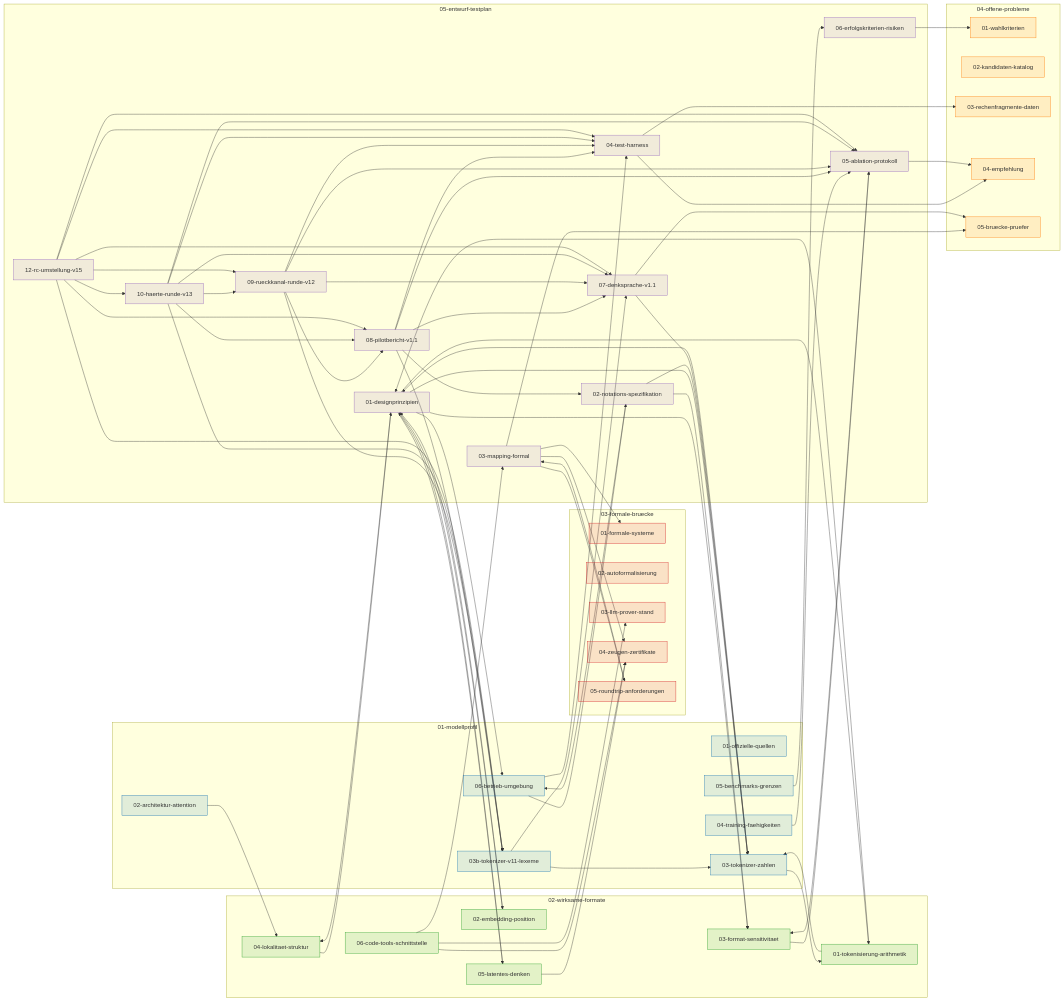
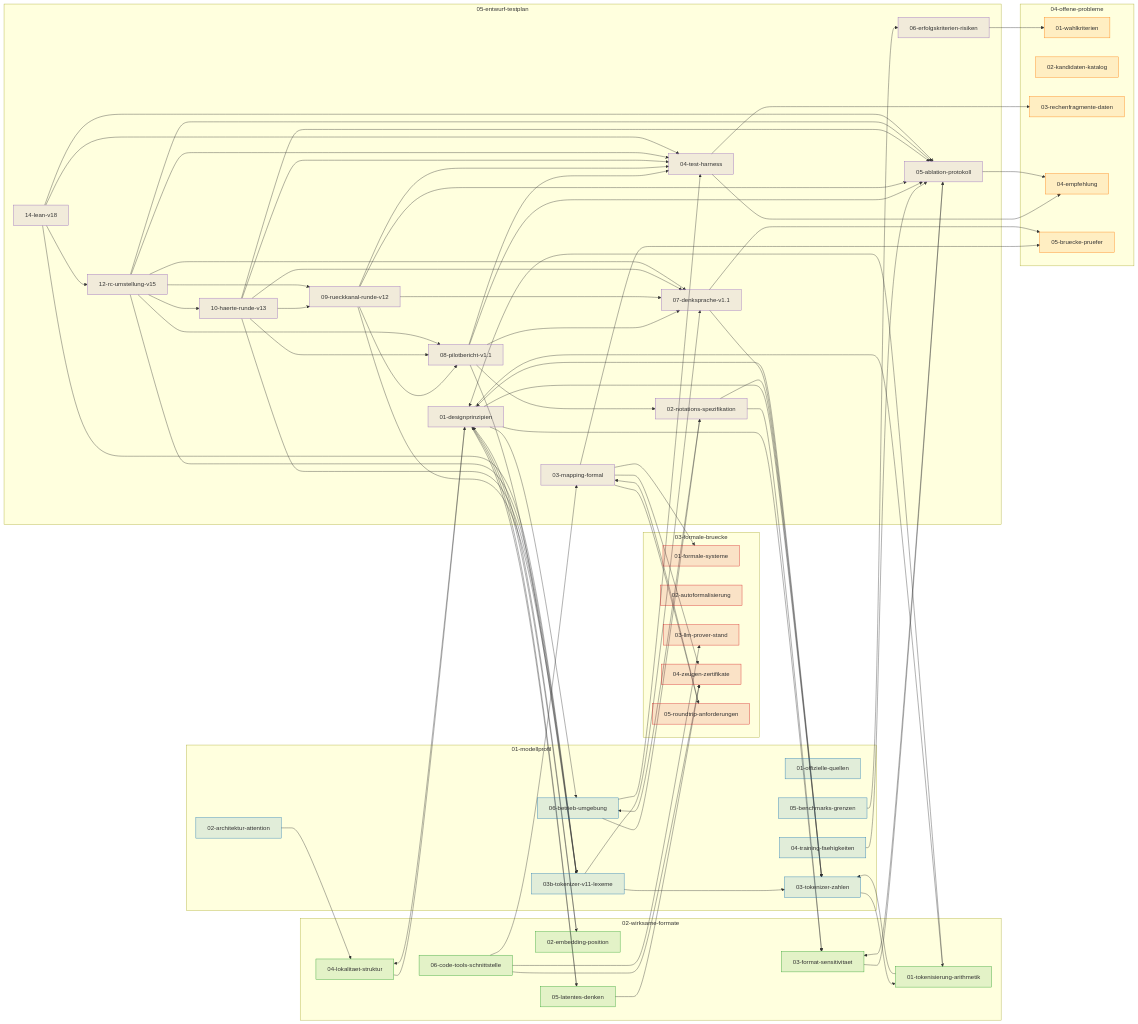
The diagram in yesdocs/deepseek-math-notation/wiki/INDEX.md (carsteneu/proofboy), drawn with Mermaid before and after one commit. The commit also changed other lines of this file and 6 other files, not shown here.

````diff
--- a/yesdocs/deepseek-math-notation/wiki/INDEX.md
+++ b/yesdocs/deepseek-math-notation/wiki/INDEX.md
@@ -81,6 +83,7 @@
     F0509[09-rueckkanal-runde-v12]
     F0510[10-haerte-runde-v13]
     F0512[12-rc-umstellung-v15]
+    F0514[14-lean-v18]
   end
   F0102 --> F0204
   F0103 --> F0201
@@ -146,6 +149,10 @@
   F0512 --> F0505
   F0512 --> F0504
   F0512 --> F0103B
+  F0514 --> F0512
+  F0514 --> F0103B
+  F0514 --> F0505
+  F0514 --> F0504
   classDef C01 fill:#1f77b422,stroke:#1f77b4,stroke-width:1px
   classDef C02 fill:#2ca02c22,stroke:#2ca02c,stroke-width:1px
   classDef C03 fill:#d6272822,stroke:#d62728,stroke-width:1px
@@ -155,5 +162,5 @@
   class F0201,F0202,F0203,F0204,F0205,F0206 C02
   class F0301,F0302,F0303,F0304,F0305 C03
   class F0401,F0402,F0403,F0404,F0405 C04
-  class F0501,F0502,F0503,F0504,F0505,F0506,F0507,F0508,F0509,F0510,F0512 C05
+  class F0501,F0502,F0503,F0504,F0505,F0506,F0507,F0508,F0509,F0510,F0512,F0514 C05
 ```
````
